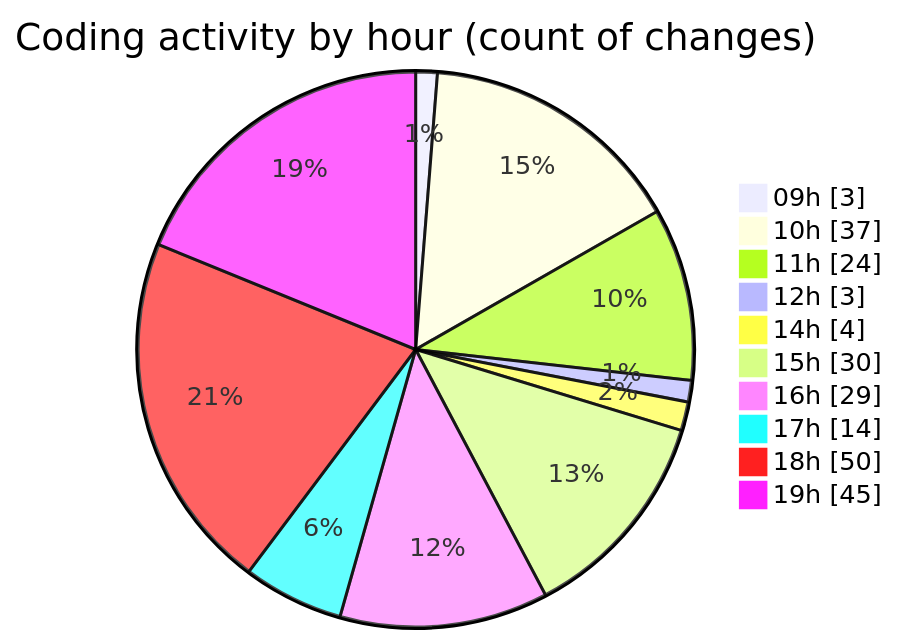
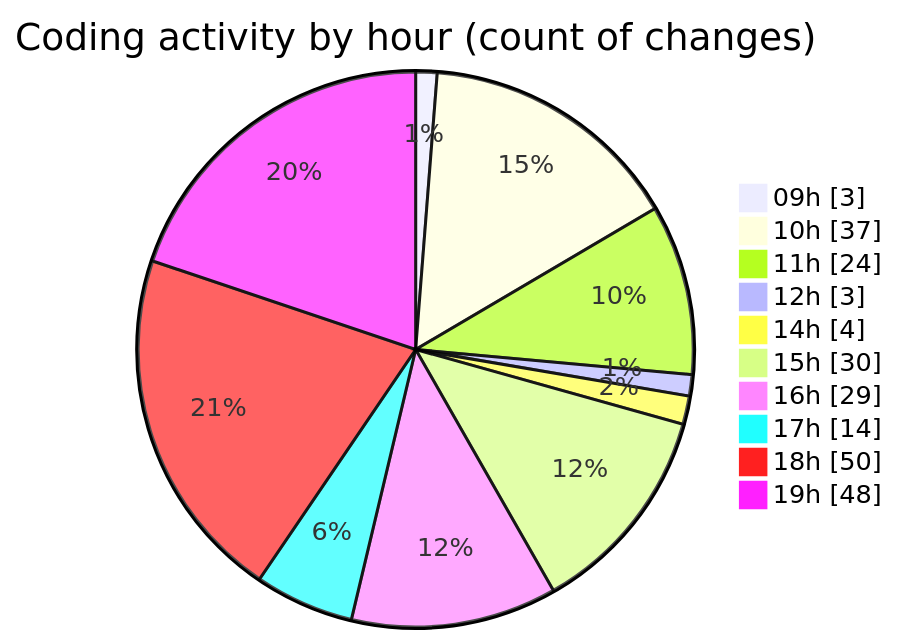
One commit to CELIANVF/code-tracking changed the second of 2 diagrams in 2025-05-02/ecodeli/README.md. Above: the diagram before and after it, drawn with Mermaid. The commit also changed other lines of this file and 1 other file, not shown here.

````diff
--- a/2025-05-02/ecodeli/README.md
+++ b/2025-05-02/ecodeli/README.md
@@ -105,14 +106,14 @@
 ```mermaid
 pie showData
 title Coding activity by hour (count of changes)
 "09h" : 3
 "10h" : 37
 "11h" : 24
 "12h" : 3
 "14h" : 4
 "15h" : 30
 "16h" : 29
 "17h" : 14
 "18h" : 50
-"19h" : 45
+"19h" : 48
 ```
````
